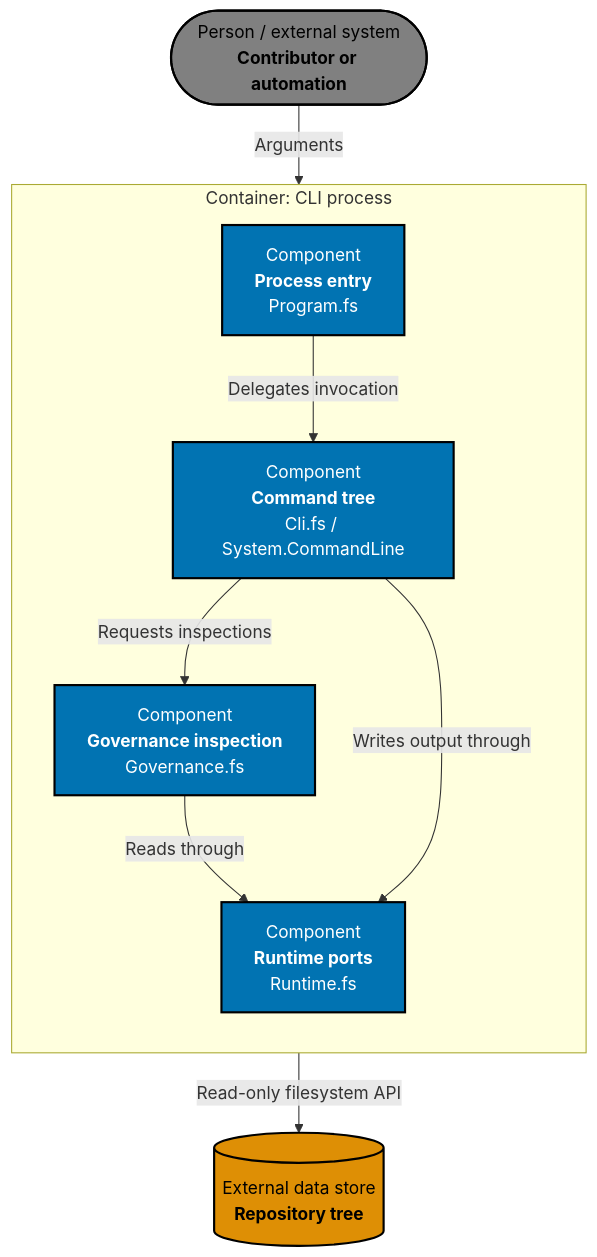
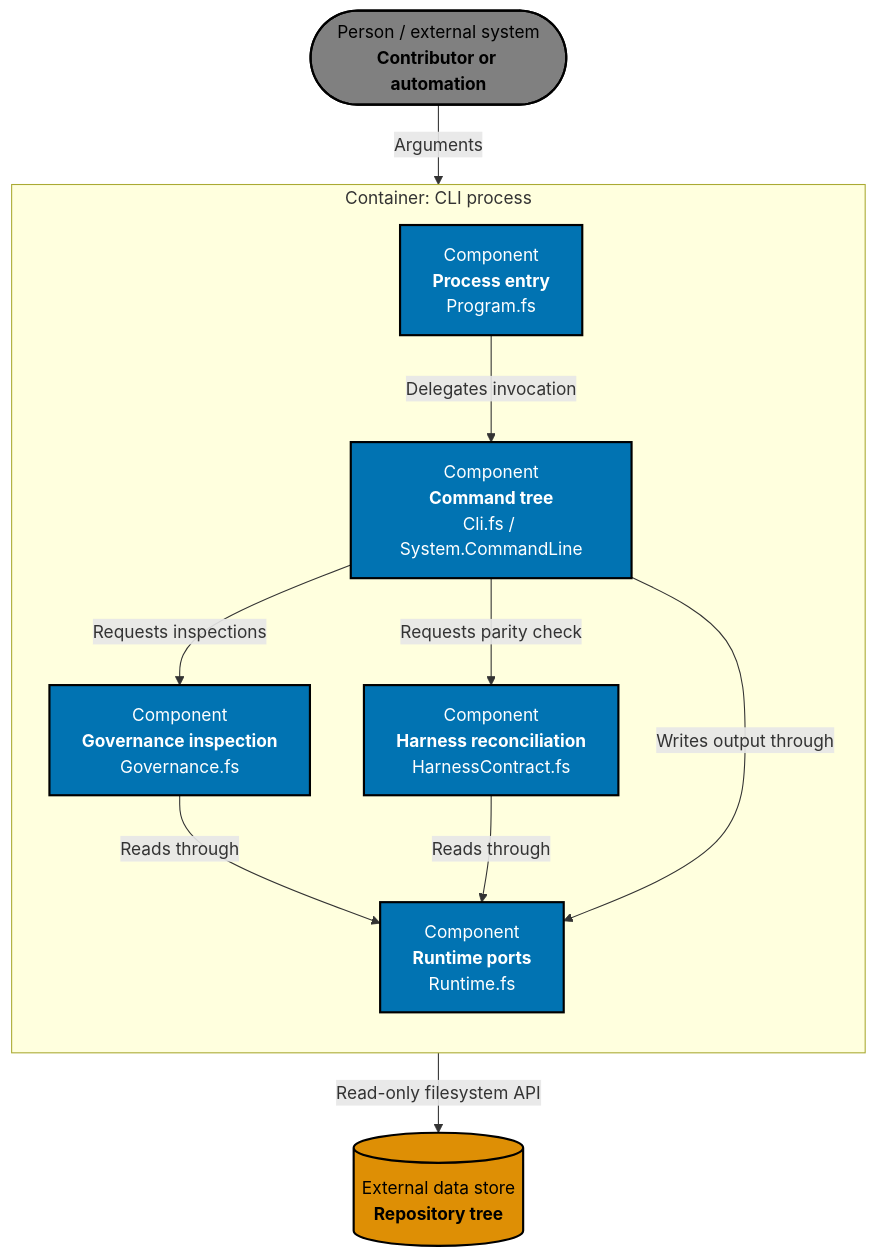
Before and after one commit to wahidyankf/beaver-nest: the third of 3 diagrams in specs/apps/badakmini/cli/architecture.md, drawn with Mermaid. The commit also changed other lines of this file and 54 other files, not shown here.

Commit message:
feat(governance): unify coding harness contract

````diff
--- a/specs/apps/badakmini/cli/architecture.md
+++ b/specs/apps/badakmini/cli/architecture.md
@@ -58,29 +58,32 @@
 ```mermaid
 %% Accessible palette: blue #0173B2, orange #DE8F05, gray #808080
 flowchart TB
     caller(["Person / external system<br/><b>Contributor or automation</b>"])
     repository[("External data store<br/><b>Repository tree</b>")]
 
     subgraph cli["Container: CLI process"]
         direction TB
         entry["Component<br/><b>Process entry</b><br/>Program.fs"]
         commands["Component<br/><b>Command tree</b><br/>Cli.fs / System.CommandLine"]
         governance["Component<br/><b>Governance inspection</b><br/>Governance.fs"]
+        harness["Component<br/><b>Harness reconciliation</b><br/>HarnessContract.fs"]
         runtime["Component<br/><b>Runtime ports</b><br/>Runtime.fs"]
 
         entry -->|Delegates invocation| commands
         commands -->|Requests inspections| governance
+        commands -->|Requests parity check| harness
         governance -->|Reads through| runtime
+        harness -->|Reads through| runtime
         commands -->|Writes output through| runtime
     end
 
     caller -->|Arguments| entry
     runtime -->|Read-only filesystem API| repository
 
     classDef caller fill:#808080,stroke:#000000,color:#000000,stroke-width:2px
     classDef component fill:#0173B2,stroke:#000000,color:#FFFFFF,stroke-width:2px
     classDef external fill:#DE8F05,stroke:#000000,color:#000000,stroke-width:2px
     class caller caller
-    class entry,commands,governance,runtime component
+    class entry,commands,governance,harness,runtime component
     class repository external
 ```
````
